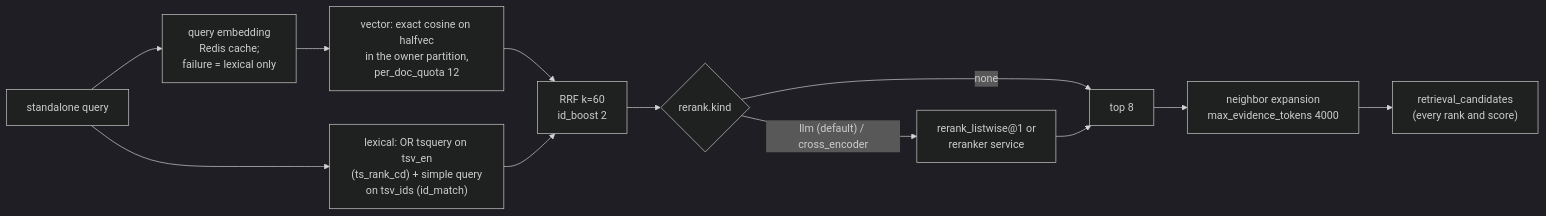
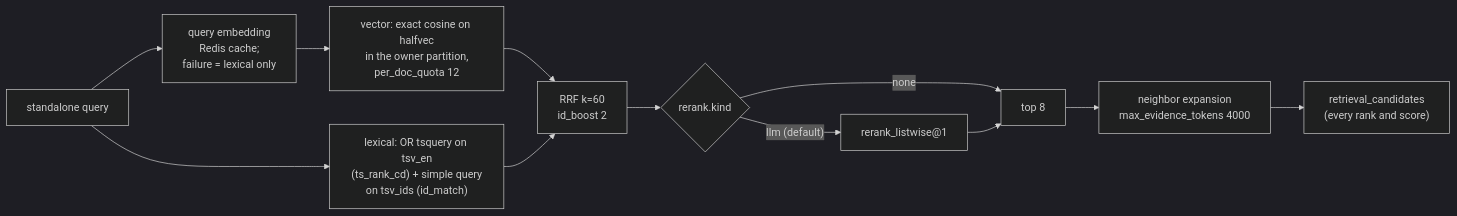
Before and after one commit to Madhav2310/Vault-System: the fourth of 5 diagrams in ARCHITECTURE.md, drawn with Mermaid (dark theme). The commit also changed other lines of this file and 11 other files, not shown here.

````diff
--- a/ARCHITECTURE.md
+++ b/ARCHITECTURE.md
@@ -236,13 +243,13 @@
 ```mermaid
 flowchart LR
     q["standalone query"] --> emb["query embedding<br/>Redis cache;<br/>failure = lexical only"]
     q --> lex["lexical: OR tsquery on tsv_en<br/>(ts_rank_cd) + simple query<br/>on tsv_ids (id_match)"]
     emb --> vec["vector: exact cosine on halfvec<br/>in the owner partition,<br/>per_doc_quota 12"]
     vec --> rrf["RRF k=60<br/>id_boost 2"]
     lex --> rrf
     rrf --> rr{"rerank.kind"}
     rr -->|"none"| top["top 8"]
-    rr -->|"llm (default) / cross_encoder"| rer["rerank_listwise@1 or<br/>reranker service"] --> top
+    rr -->|"llm (default)"| rer["rerank_listwise@1"] --> top
     top --> exp["neighbor expansion<br/>max_evidence_tokens 4000"]
     exp --> rec["retrieval_candidates<br/>(every rank and score)"]
 ```
````
